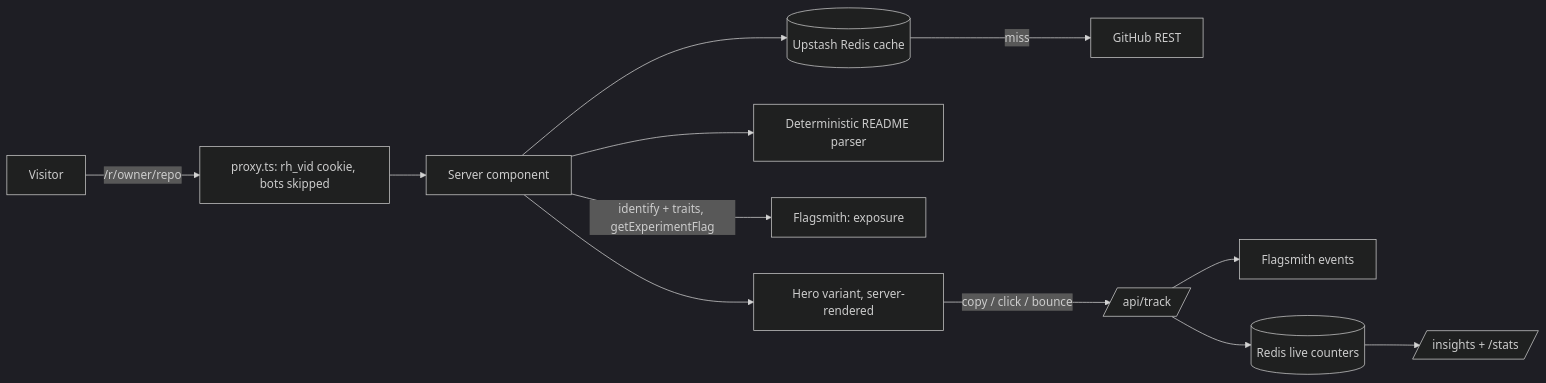
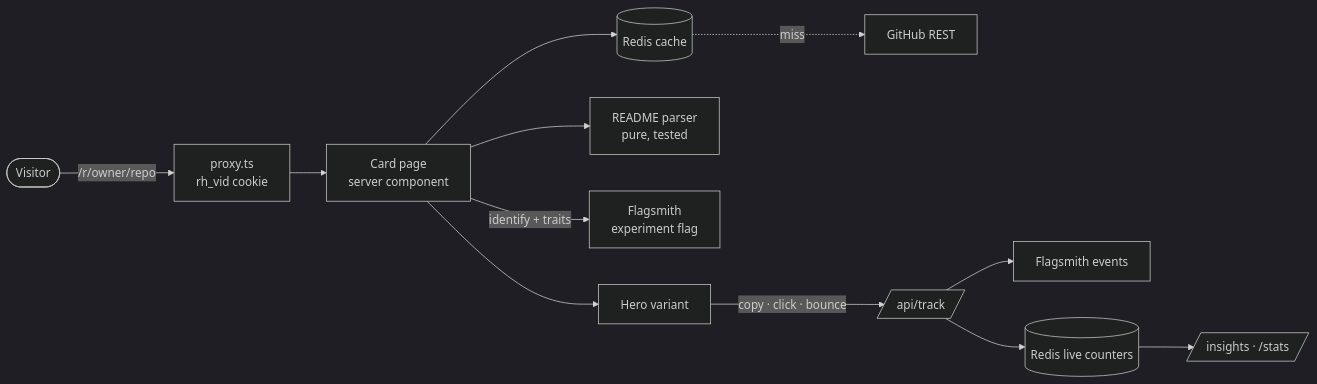
The second of 2 diagrams in README.md (loksai-codes/readmehook_), drawn with Mermaid (dark theme) before and after one commit. The commit also changed other lines of this file and 20 other files, not shown here.

````diff
--- a/README.md
+++ b/README.md
@@ -60,13 +141,14 @@
 ```mermaid
 flowchart LR
-  V[Visitor] -->|/r/owner/repo| P[proxy.ts: rh_vid cookie, bots skipped]
-  P --> N[Server component]
-  N --> C[(Upstash Redis cache)] -- miss --> G[GitHub REST]
-  N --> R[Deterministic README parser]
-  N -->|identify + traits, getExperimentFlag| F[Flagsmith: exposure]
-  N --> H[Hero variant, server-rendered]
-  H -->|copy / click / bounce| T[/api/track/]
+  V([Visitor]) -->|/r/owner/repo| P[proxy.ts<br/>rh_vid cookie]
+  P --> N[Card page<br/>server component]
+  N --> C[(Redis cache)]
+  C -. miss .-> G[GitHub REST]
+  N --> R[README parser<br/>pure, tested]
+  N -->|identify + traits| F[Flagsmith<br/>experiment flag]
+  N --> H[Hero variant]
+  H -->|copy · click · bounce| T[/api/track/]
   T --> FE[Flagsmith events]
   T --> RC[(Redis live counters)]
-  RC --> I[/insights + /stats/]
+  RC --> I[/insights · /stats/]
 ```
````
